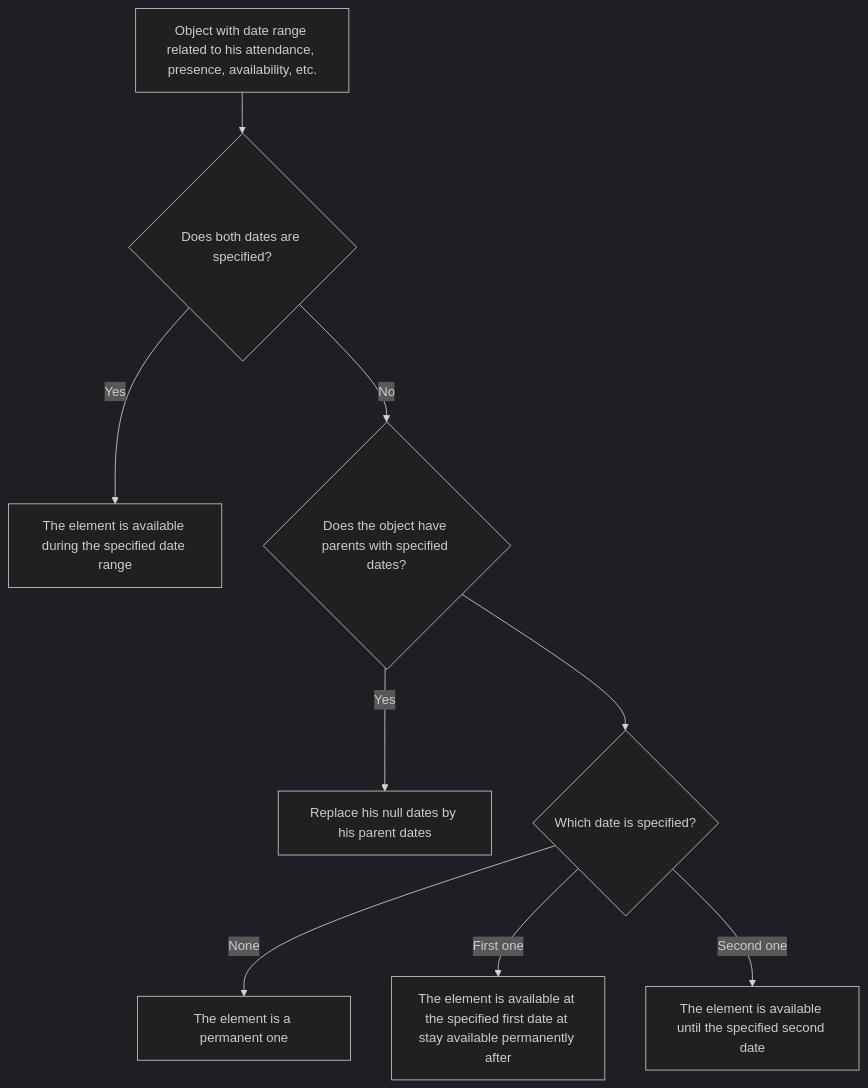
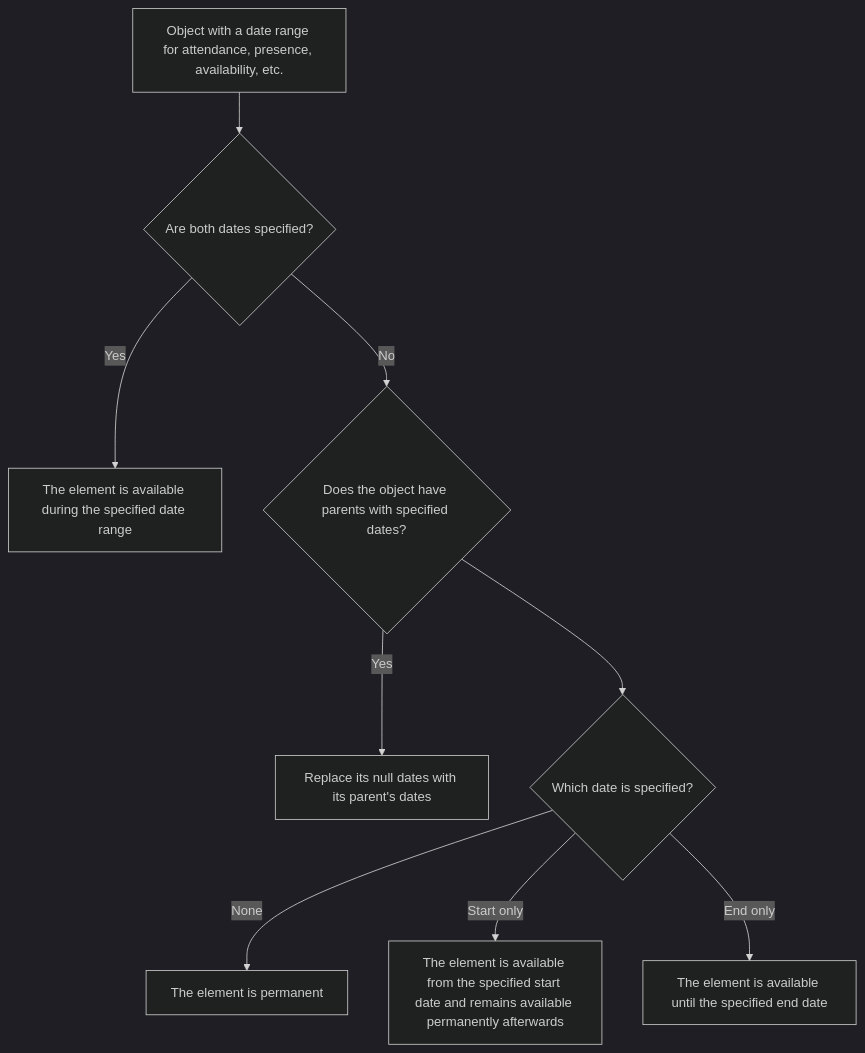
One commit to laucoin/my-project--documentation changed the diagram in functional/business-objects/index.md. Above: the diagram before and after it, drawn with Mermaid (dark theme). The commit also changed other lines of this file and 42 other files, not shown here.

````diff
--- a/functional/business-objects/index.md
+++ b/functional/business-objects/index.md
@@ -33,11 +36,11 @@
 ```mermaid
 flowchart TD
-    DR[Object with date range related to his attendance, presence, availability, etc.] --> BDS{Does both dates are specified?}
+    DR[Object with a date range for attendance, presence, availability, etc.] --> BDS{Are both dates specified?}
     BDS -->|Yes| BDR[The element is available during the specified date range]
     BDS -->|No| DHP{"Does the object have parents with specified dates?"}
-    DHP -->|Yes| BDN[Replace his null dates by his parent dates]
+    DHP -->|Yes| BDN[Replace its null dates with its parent's dates]
     DHP --> WDM{"Which date is specified?"}
-    WDM -->|None| NDS[The element is a permanent one]
-    WDM -->|First one| LDM[The element is available at the specified first date at stay available permanently after]
-    WDM -->|Second one| FDM[The element is available until the specified second date]
+    WDM -->|None| NDS[The element is permanent]
+    WDM -->|Start only| LDM[The element is available from the specified start date and remains available permanently afterwards]
+    WDM -->|End only| FDM[The element is available until the specified end date]
 ```
````
